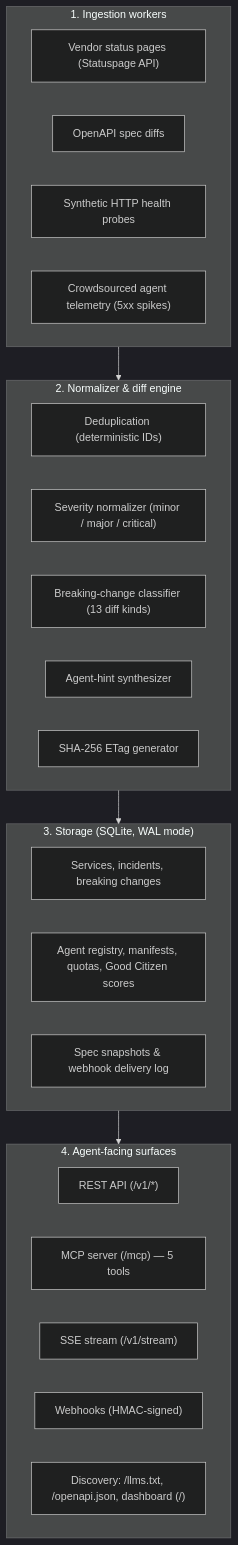
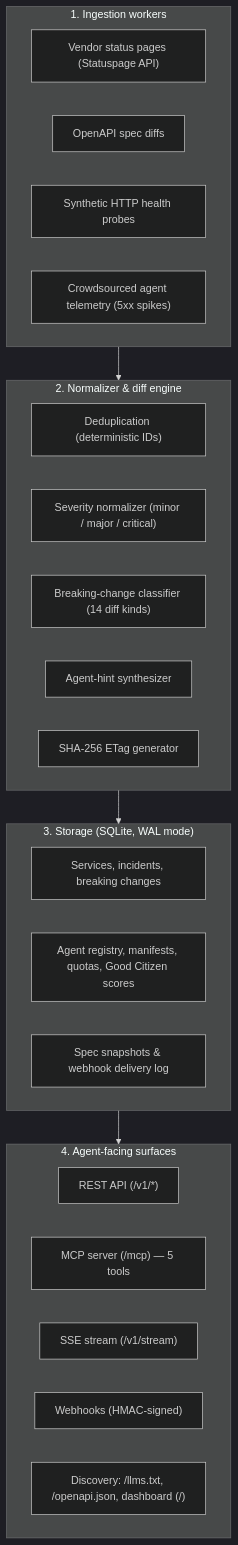
One commit to Akshat-Srivastava-PS/AgentPulse changed the diagram in README.md. Above: the diagram before and after it, drawn with Mermaid (dark theme). The commit also changed other lines of this file and 3 other files, not shown here.

Commit message:
Step 3: recursive spec diff — nested properties, $ref following, enum-value removals (14th breaking kind)

````diff
--- a/README.md
+++ b/README.md
@@ -61,33 +61,33 @@
 ```mermaid
 flowchart TD
     subgraph Ingestion ["1. Ingestion workers"]
         A1["Vendor status pages (Statuspage API)"]
         A2["OpenAPI spec diffs"]
         A3["Synthetic HTTP health probes"]
         A4["Crowdsourced agent telemetry (5xx spikes)"]
     end
 
     subgraph Engine ["2. Normalizer & diff engine"]
         B1["Deduplication (deterministic IDs)"]
         B2["Severity normalizer (minor / major / critical)"]
-        B3["Breaking-change classifier (13 diff kinds)"]
+        B3["Breaking-change classifier (14 diff kinds)"]
         B4["Agent-hint synthesizer"]
         B5["SHA-256 ETag generator"]
     end
 
     subgraph Storage ["3. Storage (SQLite, WAL mode)"]
         C1["Services, incidents, breaking changes"]
         C2["Agent registry, manifests, quotas, Good Citizen scores"]
         C3["Spec snapshots & webhook delivery log"]
     end
 
     subgraph Edge ["4. Agent-facing surfaces"]
         D1["REST API (/v1/*)"]
         D2["MCP server (/mcp) — 5 tools"]
         D3["SSE stream (/v1/stream)"]
         D4["Webhooks (HMAC-signed)"]
         D5["Discovery: /llms.txt, /openapi.json, dashboard (/)"]
     end
 
     Ingestion --> Engine --> Storage --> Edge
 ```
````
